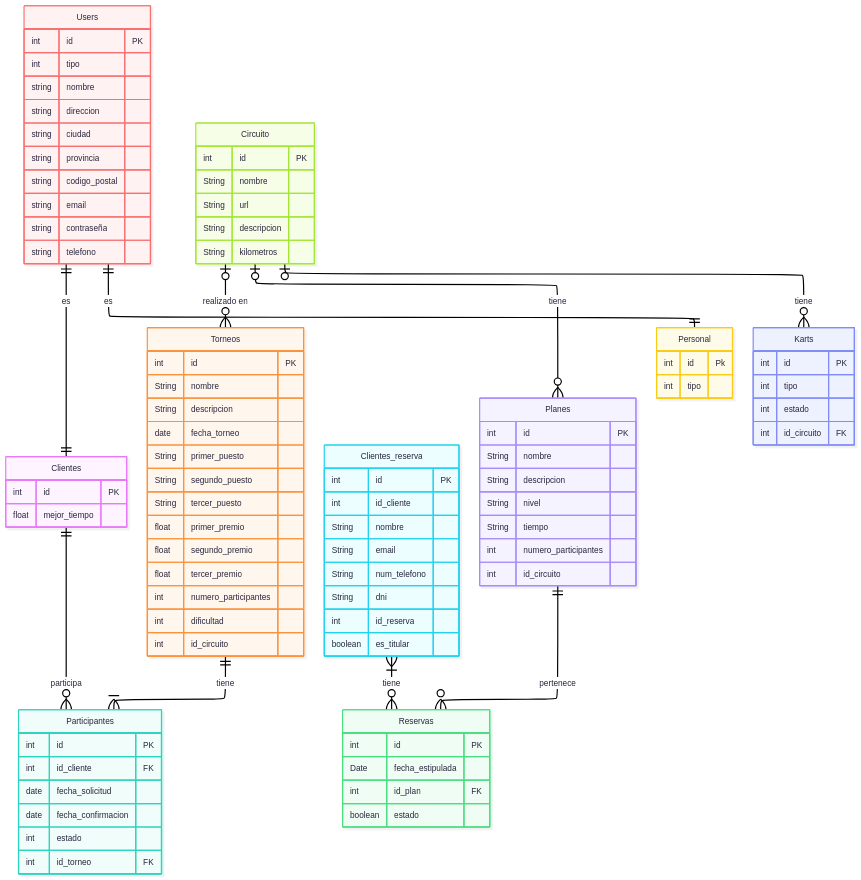
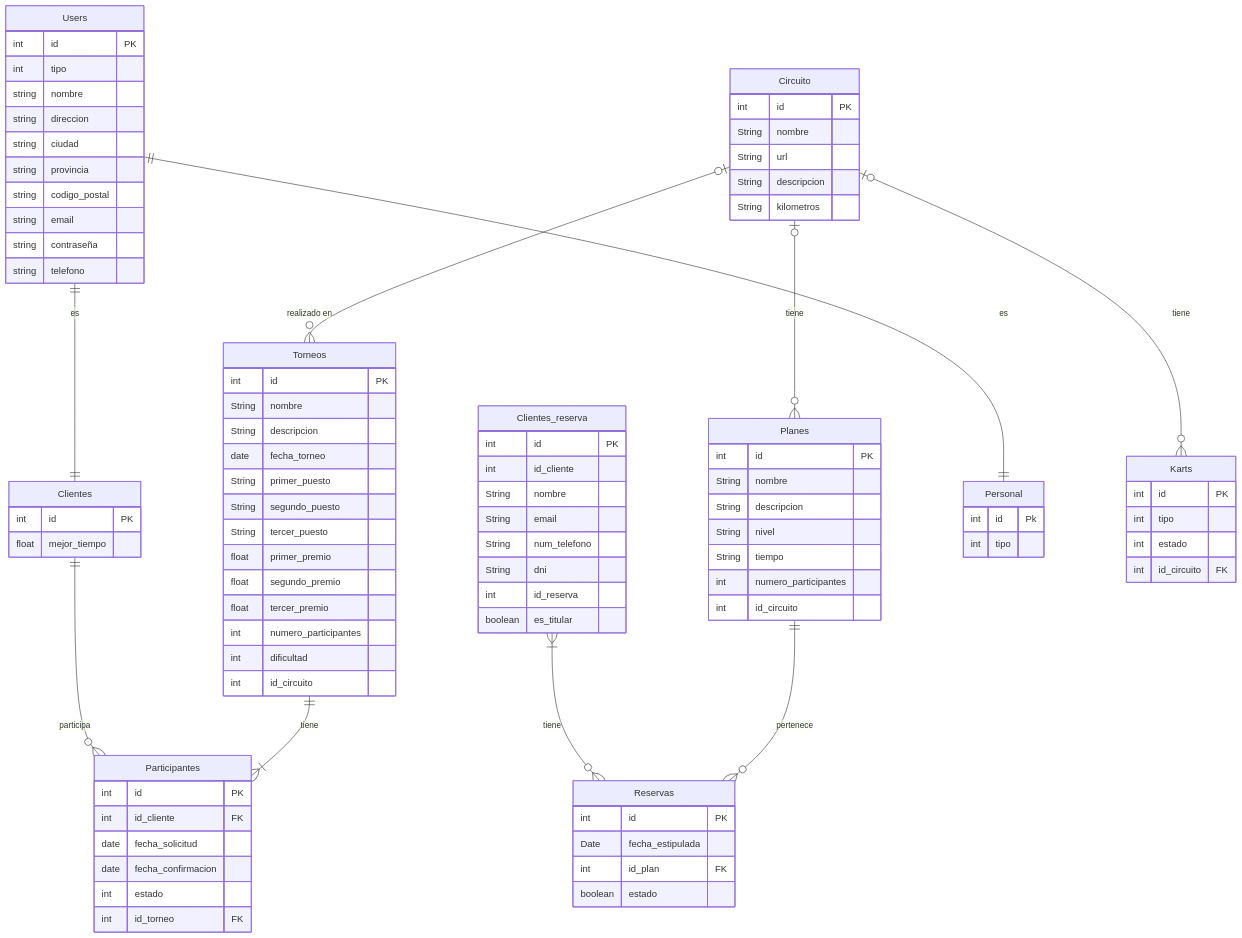
The diagram in doc/templates/3_deseño.md (jglgap/kartmania), drawn with Mermaid before and after one commit.

Commit message:
Update on Er

````diff
--- a/doc/templates/3_deseño.md
+++ b/doc/templates/3_deseño.md
@@ -7,10 +7,5 @@
 ```mermaid
----
-config:
-  theme: redux-color
-  look: neo
-  layout: elk
----
+
 erDiagram
 	direction TB
 	Clientes {
@@ -40,7 +35,7 @@
 		float tercer_premio    
 		int numero_participantes    
 		int dificultad
-                int id_circuito 
+        int id_circuito 
 	}
 
 	Clientes_reserva {
@@ -68,7 +63,7 @@
 		String nivel    
 		String tiempo    
 		int numero_participantes
-                int id_circuito  
+        int id_circuito  
   
 	}
 
@@ -94,19 +89,19 @@
 		int id PK   
 		int tipo    
 		int estado
-                int id_circuito FK    
+        int id_circuito FK    
 	}
 
         Circuito { 
-                int id PK
-                String nombre
-                String url
-                String descripcion
-                String kilometros
+        int id PK
+        String nombre
+        String url
+        String descripcion
+        String kilometros
         }
-        Circuito o|--o{ Planes : "tiene"
-        Circuito o|--o{Torneos : "realizado en"
-        Circuito o|--o{ Karts : "tiene"
+    Circuito o|--o{ Planes : "tiene"
+    Circuito o|--o{Torneos : "realizado en"
+    Circuito o|--o{ Karts : "tiene"
 	Clientes||--o{Participantes:"participa"
 	Torneos||--|{Participantes:"tiene"
 	Clientes_reserva}|--o{Reservas:"tiene"
````
